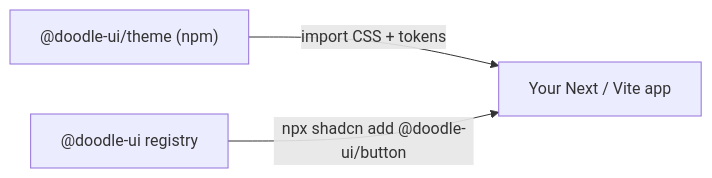
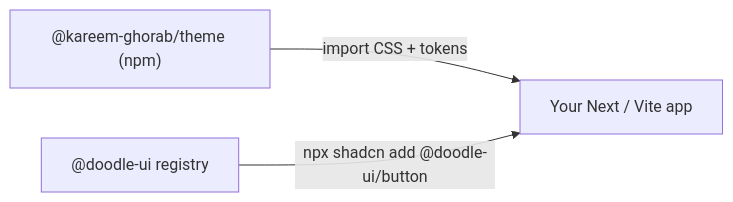
One commit to KareemGhorab/doodle-ui changed the diagram in README.md. Above: the diagram before and after it, drawn with Mermaid. The commit also changed other lines of this file and 13 other files, not shown here.

First line of the commit message:
fix: publish theme under @kareem-ghorab scope

````diff
--- a/README.md
+++ b/README.md
@@ -7,8 +7,8 @@
 ```mermaid
 flowchart LR
-  themePkg["@doodle-ui/theme (npm)"]
+  themePkg["@kareem-ghorab/theme (npm)"]
   registry["@doodle-ui registry"]
   consumer["Your Next / Vite app"]
   themePkg -->|"import CSS + tokens"| consumer
   registry -->|"npx shadcn add @doodle-ui/button"| consumer
 ```
````
